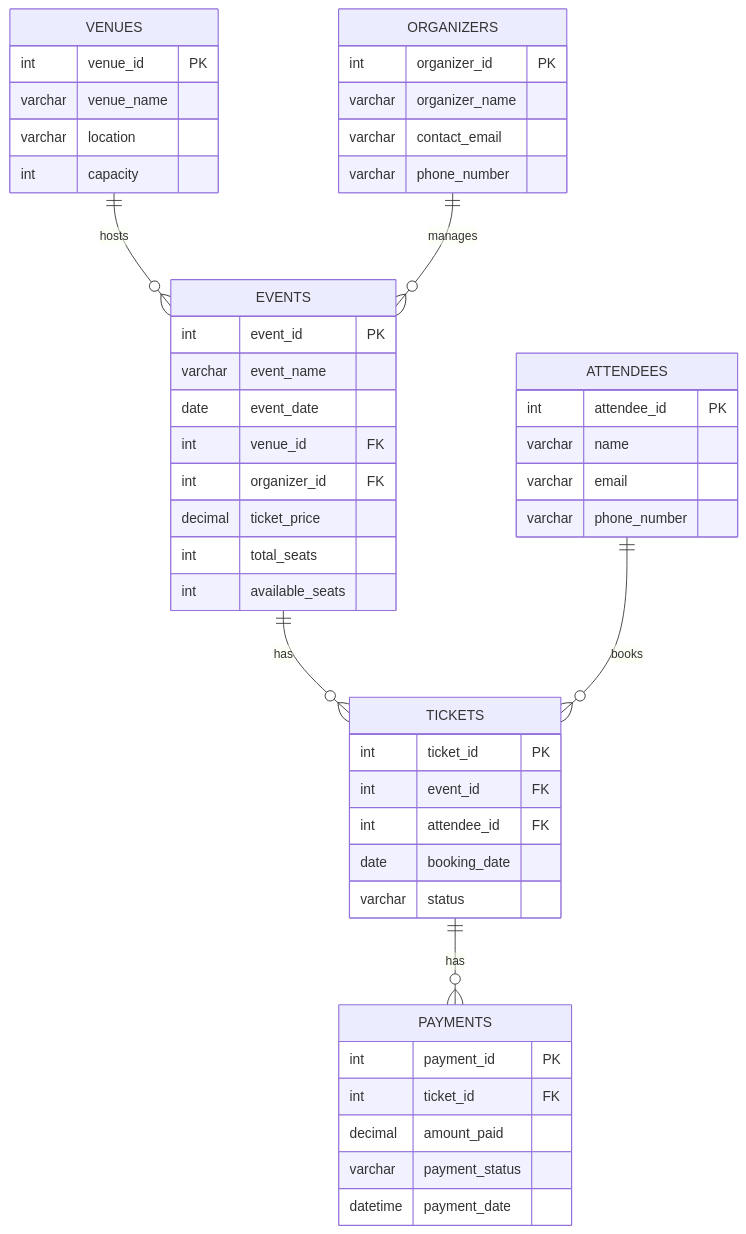
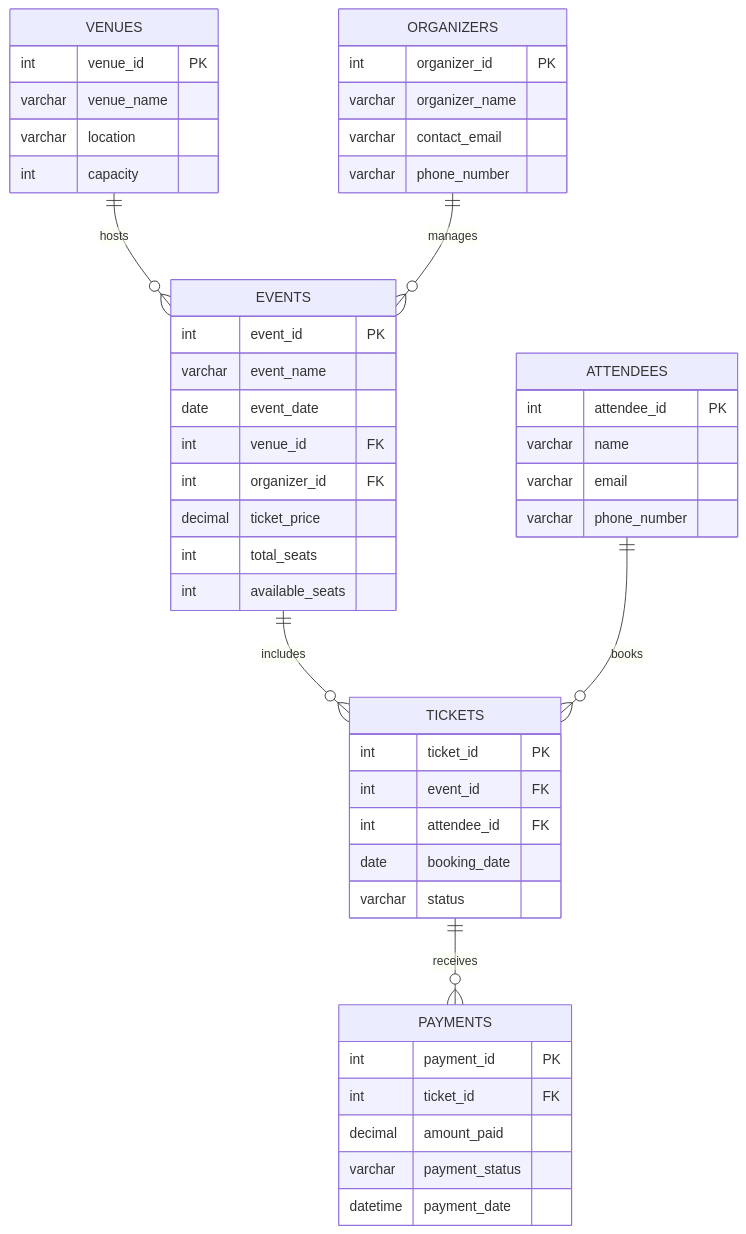
Before and after one commit to PalAnghan/Smart_Event_Management_System: the diagram in README.md, drawn with Mermaid. The commit also changed other lines of this file, not shown here.

````diff
--- a/README.md
+++ b/README.md
@@ -79,51 +97,56 @@
 ``` mermaid
 erDiagram
     VENUES ||--o{ EVENTS : hosts
     ORGANIZERS ||--o{ EVENTS : manages
-    EVENTS ||--o{ TICKETS : has
+    EVENTS ||--o{ TICKETS : includes
     ATTENDEES ||--o{ TICKETS : books
-    TICKETS ||--o{ PAYMENTS : has
+    TICKETS ||--o{ PAYMENTS : receives
 
     VENUES {
         int venue_id PK
         varchar venue_name
         varchar location
         int capacity
     }
+
     ORGANIZERS {
         int organizer_id PK
         varchar organizer_name
         varchar contact_email
         varchar phone_number
     }
+
     EVENTS {
         int event_id PK
         varchar event_name
         date event_date
         int venue_id FK
         int organizer_id FK
         decimal ticket_price
         int total_seats
         int available_seats
     }
+
     ATTENDEES {
         int attendee_id PK
         varchar name
         varchar email
         varchar phone_number
     }
+
     TICKETS {
         int ticket_id PK
         int event_id FK
         int attendee_id FK
         date booking_date
         varchar status
     }
+
     PAYMENTS {
         int payment_id PK
         int ticket_id FK
         decimal amount_paid
         varchar payment_status
         datetime payment_date
     }
 ```
````
